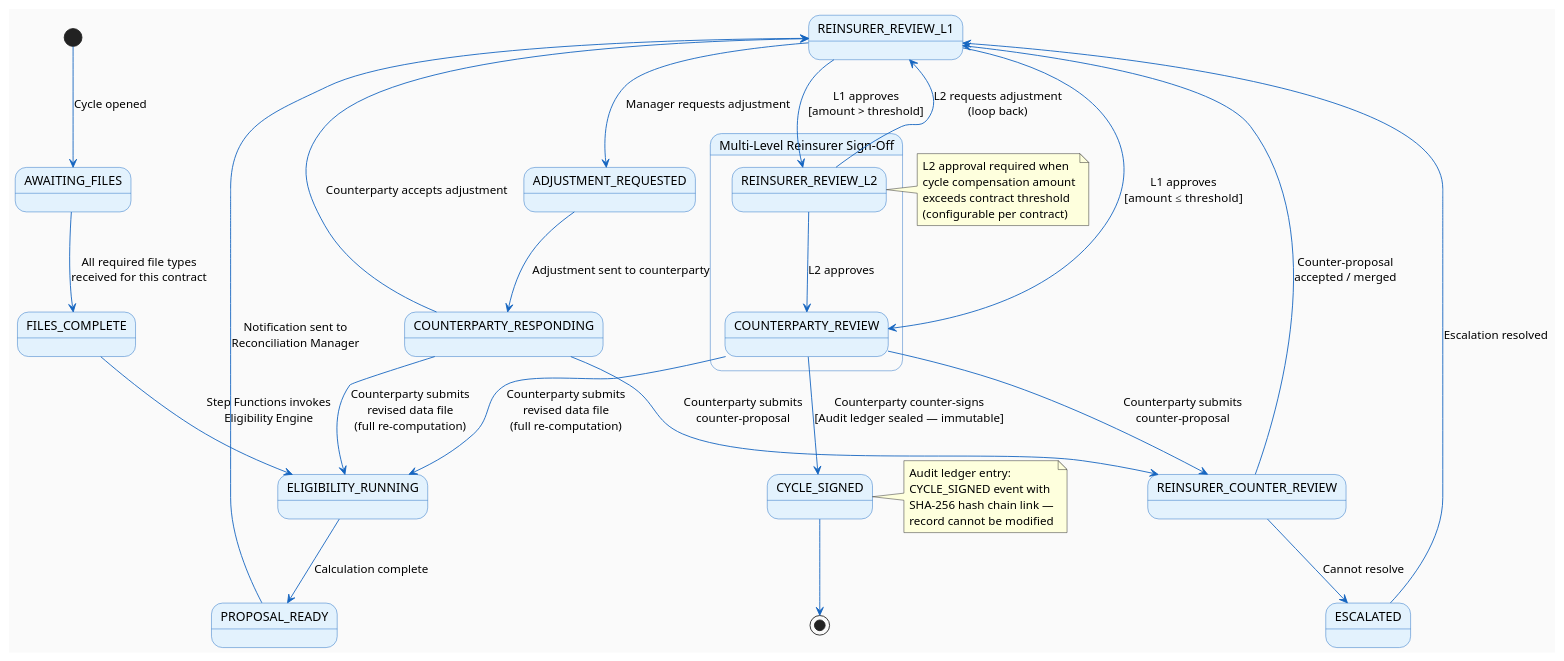
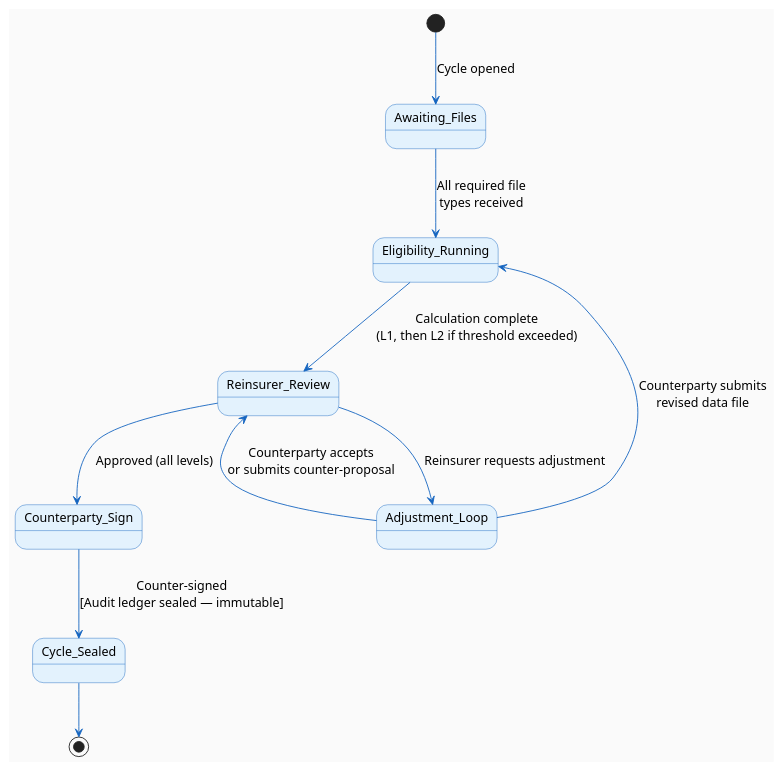
One commit to mosurekImagination/solution-architecture-case-studies changed the fifth of 8 diagrams in 03/docs/solution-design.adoc. Above: the diagram before and after it, drawn with PlantUML. The commit also changed other lines of this file and 7 other files, not shown here.

```diff
--- a/03/docs/solution-design.adoc
+++ b/03/docs/solution-design.adoc
@@ -707,60 +682,31 @@
 [plantuml,case03-state-machine,format=svg]
 ....
 @startuml
 skinparam backgroundColor #fafafa
 skinparam defaultFontName Arial
+skinparam defaultFontSize 14
 skinparam state {
   BackgroundColor #E3F2FD
   BorderColor #1565C0
   ArrowColor #1565C0
   StartColor #1565C0
   EndColor #B71C1C
 }
 
-[*] --> AWAITING_FILES : Cycle opened
+[*] --> Awaiting_Files : Cycle opened
 
-AWAITING_FILES --> FILES_COMPLETE : All required file types\nreceived for this contract
-FILES_COMPLETE --> ELIGIBILITY_RUNNING : Step Functions invokes\nEligibility Engine
-ELIGIBILITY_RUNNING --> PROPOSAL_READY : Calculation complete
-PROPOSAL_READY --> REINSURER_REVIEW_L1 : Notification sent to\nReconciliation Manager
+Awaiting_Files --> Eligibility_Running : All required file\ntypes received
 
-state "Multi-Level Reinsurer Sign-Off" as reinsurerBlock {
-  REINSURER_REVIEW_L1 --> REINSURER_REVIEW_L2 : L1 approves\n[amount > threshold]
-  REINSURER_REVIEW_L1 --> COUNTERPARTY_REVIEW : L1 approves\n[amount ≤ threshold]
-  REINSURER_REVIEW_L2 --> COUNTERPARTY_REVIEW : L2 approves
-  REINSURER_REVIEW_L2 --> REINSURER_REVIEW_L1 : L2 requests adjustment\n(loop back)
-}
+Eligibility_Running --> Reinsurer_Review : Calculation complete\n(L1, then L2 if threshold exceeded)
 
-REINSURER_REVIEW_L1 --> ADJUSTMENT_REQUESTED : Manager requests adjustment
+Reinsurer_Review --> Adjustment_Loop : Reinsurer requests adjustment
+Adjustment_Loop --> Eligibility_Running : Counterparty submits\nrevised data file
+Adjustment_Loop --> Reinsurer_Review : Counterparty accepts\nor submits counter-proposal
 
-ADJUSTMENT_REQUESTED --> COUNTERPARTY_RESPONDING : Adjustment sent to counterparty
+Reinsurer_Review --> Counterparty_Sign : Approved (all levels)
 
-COUNTERPARTY_RESPONDING --> REINSURER_REVIEW_L1 : Counterparty accepts adjustment
-COUNTERPARTY_RESPONDING --> ELIGIBILITY_RUNNING : Counterparty submits\nrevised data file\n(full re-computation)
-COUNTERPARTY_RESPONDING --> REINSURER_COUNTER_REVIEW : Counterparty submits\ncounter-proposal
+Counterparty_Sign --> Cycle_Sealed : Counter-signed\n[Audit ledger sealed — immutable]
 
-REINSURER_COUNTER_REVIEW --> REINSURER_REVIEW_L1 : Counter-proposal\naccepted / merged
-REINSURER_COUNTER_REVIEW --> ESCALATED : Cannot resolve
-
-COUNTERPARTY_REVIEW --> CYCLE_SIGNED : Counterparty counter-signs\n[Audit ledger sealed — immutable]
-COUNTERPARTY_REVIEW --> REINSURER_COUNTER_REVIEW : Counterparty submits\ncounter-proposal
-COUNTERPARTY_REVIEW --> ELIGIBILITY_RUNNING : Counterparty submits\nrevised data file\n(full re-computation)
-
-ESCALATED --> REINSURER_REVIEW_L1 : Escalation resolved
-
-CYCLE_SIGNED --> [*]
-
-note right of CYCLE_SIGNED
-  Audit ledger entry:
-  CYCLE_SIGNED event with
-  SHA-256 hash chain link —
-  record cannot be modified
-end note
-
-note right of REINSURER_REVIEW_L2
-  L2 approval required when
-  cycle compensation amount
-  exceeds contract threshold
-  (configurable per contract)
-end note
+Cycle_Sealed --> [*]
+@enduml
 ....
```
